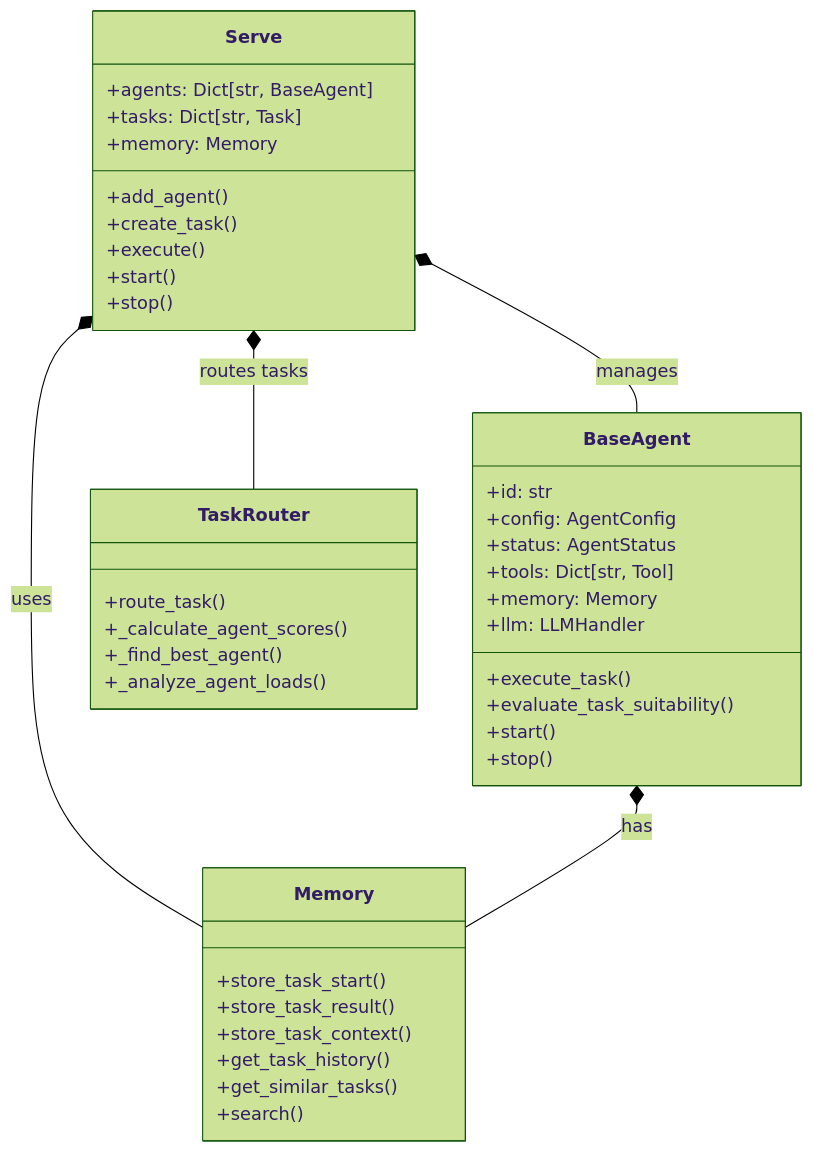
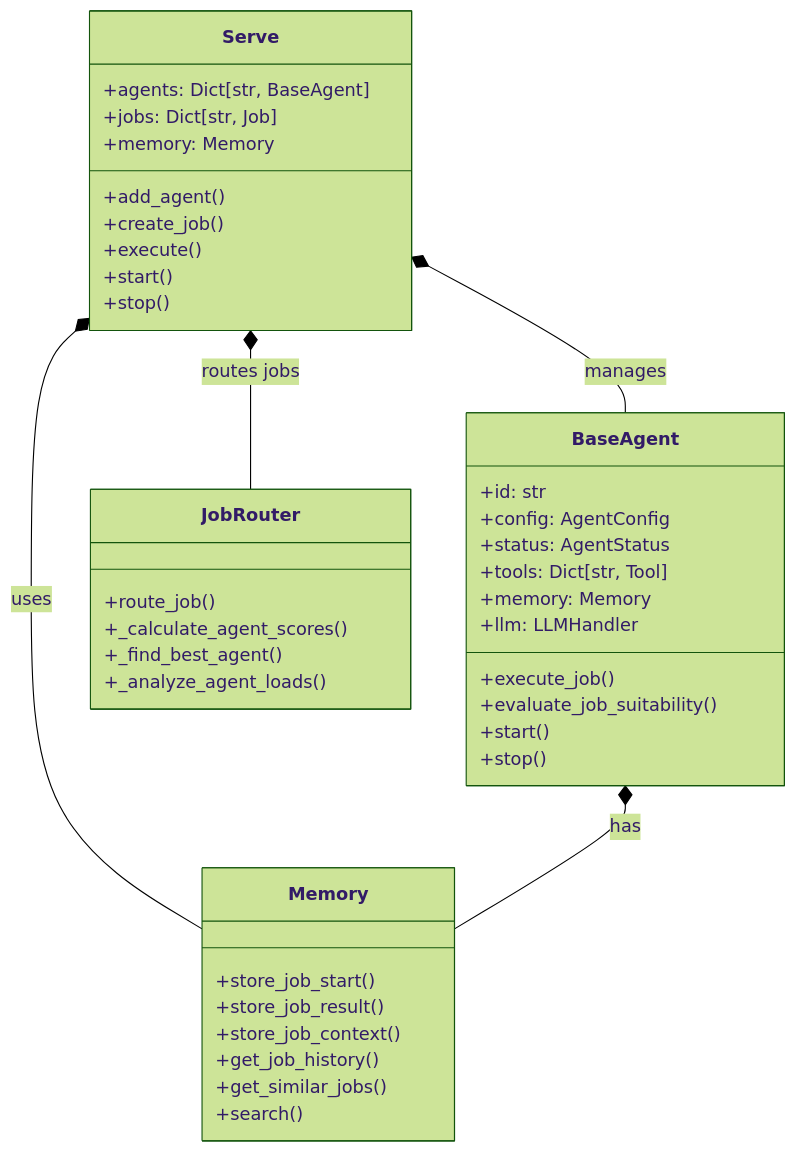
Before and after one commit to pilottai/pilottai: the first of 2 diagrams in docs/getting-started/concepts.mdx, drawn with Mermaid (forest theme). The commit also changed other lines of this file and 69 other files, not shown here.

````diff
--- a/docs/getting-started/concepts.mdx
+++ b/docs/getting-started/concepts.mdx
@@ -9,47 +9,47 @@
 ```mermaid
 classDiagram
     class Serve {
         +agents: Dict[str, BaseAgent]
-        +tasks: Dict[str, Task]
+        +jobs: Dict[str, Job]
         +memory: Memory
         +add_agent()
-        +create_task()
+        +create_job()
         +execute()
         +start()
         +stop()
     }
 
     class BaseAgent {
         +id: str
         +config: AgentConfig
         +status: AgentStatus
         +tools: Dict[str, Tool]
         +memory: Memory
         +llm: LLMHandler
-        +execute_task()
-        +evaluate_task_suitability()
+        +execute_job()
+        +evaluate_job_suitability()
         +start()
         +stop()
     }
 
     class Memory {
-        +store_task_start()
-        +store_task_result()
-        +store_task_context()
-        +get_task_history()
-        +get_similar_tasks()
+        +store_job_start()
+        +store_job_result()
+        +store_job_context()
+        +get_job_history()
+        +get_similar_jobs()
         +search()
     }
 
-    class TaskRouter {
-        +route_task()
+    class JobRouter {
+        +route_job()
         +_calculate_agent_scores()
         +_find_best_agent()
         +_analyze_agent_loads()
     }
 
     Serve *-- BaseAgent : manages
     Serve *-- Memory : uses
     BaseAgent *-- Memory : has
-    Serve *-- TaskRouter : routes tasks
+    Serve *-- JobRouter : routes jobs
 ```
````
